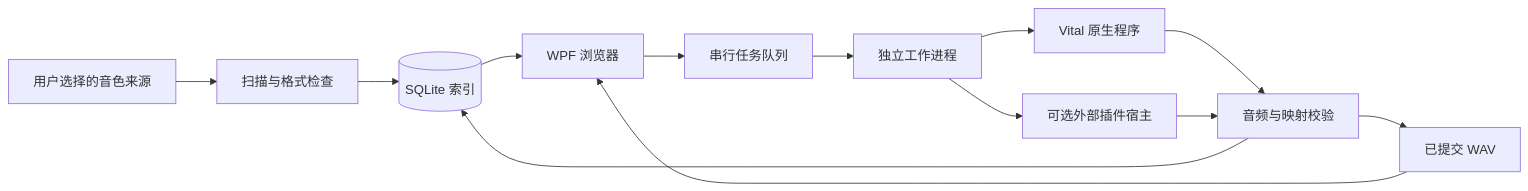
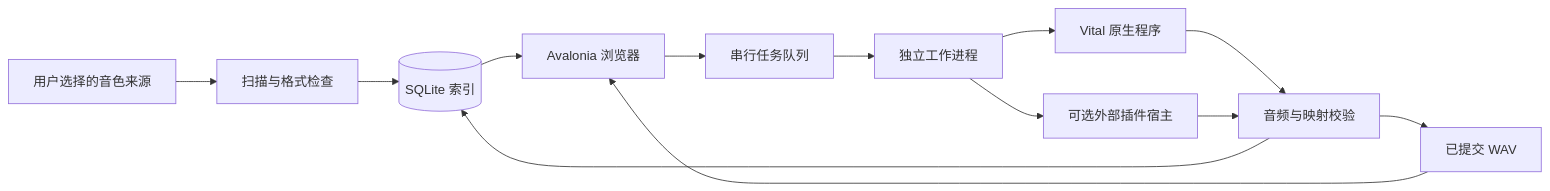
One commit to Reguluz/SoundPreviewer changed the diagram in docs/architecture.md. Above: the diagram before and after it, drawn with Mermaid. The commit also changed other lines of this file and 51 other files, not shown here.

````diff
--- a/docs/architecture.md
+++ b/docs/architecture.md
@@ -26,15 +26,15 @@
 ```mermaid
 flowchart LR
     Source[用户选择的音色来源] --> Scan[扫描与格式检查]
     Scan --> Store[(SQLite 索引)]
-    Store --> Browser[WPF 浏览器]
+    Store --> Browser[Avalonia 浏览器]
     Browser --> Queue[串行任务队列]
     Queue --> Worker[独立工作进程]
     Worker --> Vital[Vital 原生程序]
     Worker --> External[可选外部插件宿主]
     Vital --> Validate[音频与映射校验]
     External --> Validate
     Validate --> Audio[已提交 WAV]
     Validate --> Store
     Audio --> Browser
 ```
````
